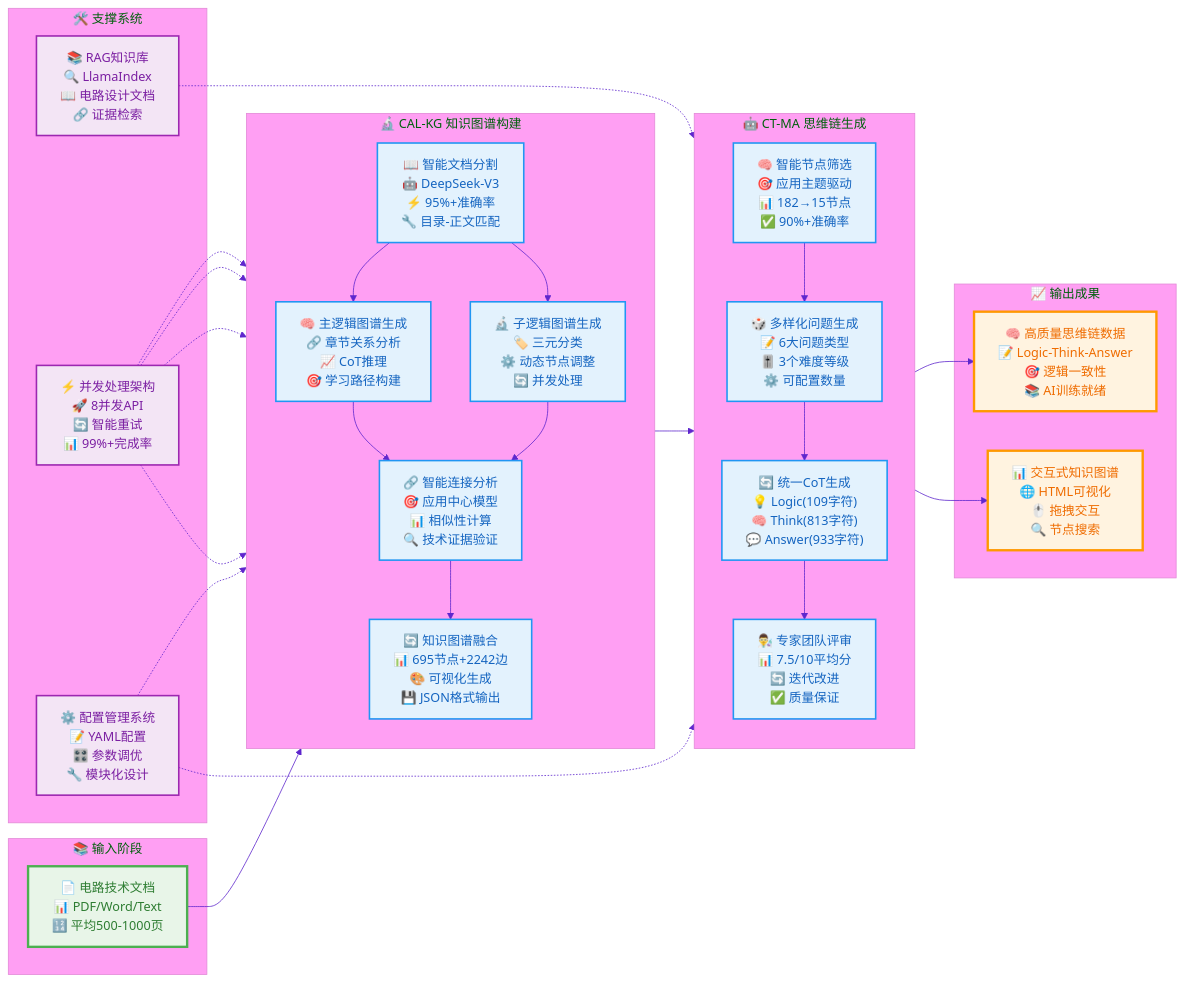
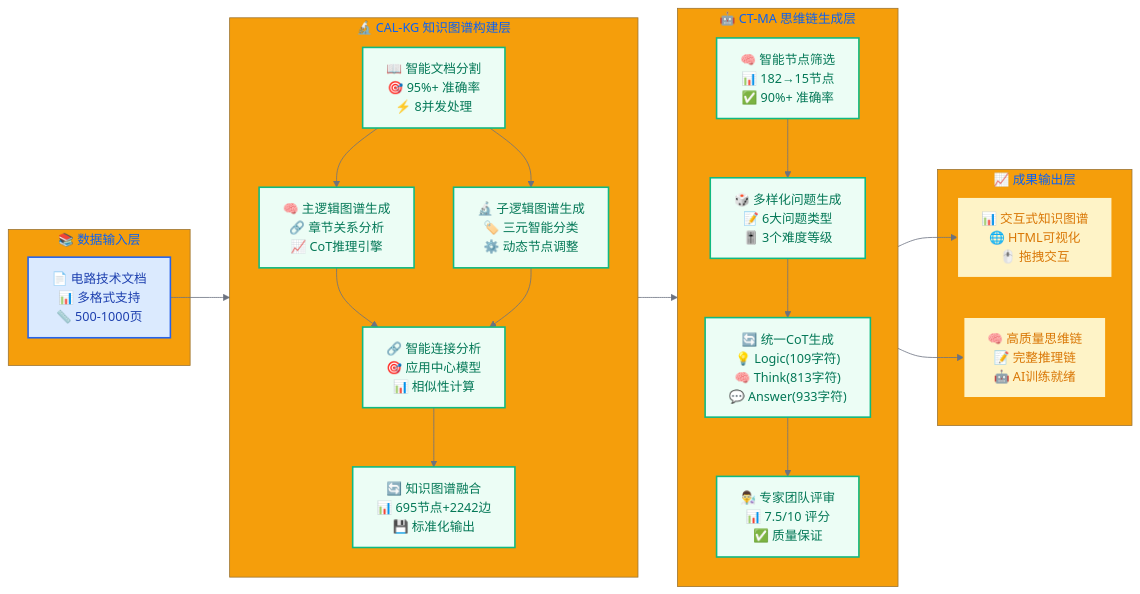
The first of 3 diagrams in README.md (THU-YiZhang/CAL_KG_System), drawn with Mermaid before and after one commit. The commit also changed other lines of this file, not shown here.

````diff
--- a/README.md
+++ b/README.md
@@ -114,33 +114,33 @@
 %%{init: {
   'theme': 'base',
   'themeVariables': {
-    'primaryColor': '#ff6b6b',
-    'primaryTextColor': '#fff',
-    'primaryBorderColor': '#ff4757',
-    'lineColor': '#5f27cd',
-    'secondaryColor': '#00d2d3',
-    'tertiaryColor': '#ff9ff3',
-    'background': '#f1f2f6',
+    'primaryColor': '#2563eb',
+    'primaryTextColor': '#ffffff',
+    'primaryBorderColor': '#1d4ed8',
+    'lineColor': '#6b7280',
+    'secondaryColor': '#10b981',
+    'tertiaryColor': '#f59e0b',
+    'background': '#f8fafc',
     'mainBkg': '#ffffff',
-    'secondBkg': '#e8f4fd',
-    'tertiaryBkg': '#fff5f5'
+    'secondBkg': '#f1f5f9',
+    'tertiaryBkg': '#fef3c7'
   }
 }}%%
 
 flowchart LR
     %% 输入阶段
-    subgraph INPUT ["📚 输入阶段"]
-        A["📄 电路技术文档<br/>📊 PDF/Word/Text<br/>🔢 平均500-1000页"]
+    subgraph INPUT ["📚 数据输入层"]
+        A["📄 电路技术文档<br/>📊 多格式支持<br/>📏 500-1000页"]
     end
 
     %% CAL-KG知识图谱构建阶段
-    subgraph CALKG ["🔬 CAL-KG 知识图谱构建"]
+    subgraph CALKG ["🔬 CAL-KG 知识图谱构建层"]
         direction TB
-        B["📖 智能文档分割<br/>🤖 DeepSeek-V3<br/>⚡ 95%+准确率<br/>🔧 目录-正文匹配"]
-        C["🧠 主逻辑图谱生成<br/>🔗 章节关系分析<br/>📈 CoT推理<br/>🎯 学习路径构建"]
-        D["🔬 子逻辑图谱生成<br/>🏷️ 三元分类<br/>⚙️ 动态节点调整<br/>🔄 并发处理"]
-        E["🔗 智能连接分析<br/>🎯 应用中心模型<br/>📊 相似性计算<br/>🔍 技术证据验证"]
-        F["🔄 知识图谱融合<br/>📊 695节点+2242边<br/>🎨 可视化生成<br/>💾 JSON格式输出"]
+        B["📖 智能文档分割<br/>🎯 95%+ 准确率<br/>⚡ 8并发处理"]
+        C["🧠 主逻辑图谱生成<br/>🔗 章节关系分析<br/>📈 CoT推理引擎"]
+        D["🔬 子逻辑图谱生成<br/>🏷️ 三元智能分类<br/>⚙️ 动态节点调整"]
+        E["🔗 智能连接分析<br/>🎯 应用中心模型<br/>📊 相似性计算"]
+        F["🔄 知识图谱融合<br/>📊 695节点+2242边<br/>💾 标准化输出"]
 
         B --> C
         B --> D
@@ -150,12 +150,12 @@
     end
 
     %% CT-MA思维链生成阶段
-    subgraph CTMA ["🤖 CT-MA 思维链生成"]
+    subgraph CTMA ["🤖 CT-MA 思维链生成层"]
         direction TB
-        G["🧠 智能节点筛选<br/>🎯 应用主题驱动<br/>📊 182→15节点<br/>✅ 90%+准确率"]
-        H["🎲 多样化问题生成<br/>📝 6大问题类型<br/>🎚️ 3个难度等级<br/>⚙️ 可配置数量"]
+        G["🧠 智能节点筛选<br/>📊 182→15节点<br/>✅ 90%+ 准确率"]
+        H["🎲 多样化问题生成<br/>📝 6大问题类型<br/>🎚️ 3个难度等级"]
         I["🔄 统一CoT生成<br/>💡 Logic(109字符)<br/>🧠 Think(813字符)<br/>💬 Answer(933字符)"]
-        J["👨‍🔬 专家团队评审<br/>📊 7.5/10平均分<br/>🔄 迭代改进<br/>✅ 质量保证"]
+        J["👨‍🔬 专家团队评审<br/>📊 7.5/10 评分<br/>✅ 质量保证"]
 
         G --> H
         H --> I
@@ -163,16 +163,9 @@
     end
 
     %% 输出阶段
-    subgraph OUTPUT ["📈 输出成果"]
-        K["📊 交互式知识图谱<br/>🌐 HTML可视化<br/>🖱️ 拖拽交互<br/>🔍 节点搜索"]
-        L["🧠 高质量思维链数据<br/>📝 Logic-Think-Answer<br/>🎯 逻辑一致性<br/>📚 AI训练就绪"]
-    end
-
-    %% 辅助系统
-    subgraph SUPPORT ["🛠️ 支撑系统"]
-        M["📚 RAG知识库<br/>🔍 LlamaIndex<br/>📖 电路设计文档<br/>🔗 证据检索"]
-        N["⚡ 并发处理架构<br/>🚀 8并发API<br/>🔄 智能重试<br/>📊 99%+完成率"]
-        O["⚙️ 配置管理系统<br/>📝 YAML配置<br/>🎛️ 参数调优<br/>🔧 模块化设计"]
+    subgraph OUTPUT ["📈 成果输出层"]
+        K["📊 交互式知识图谱<br/>🌐 HTML可视化<br/>🖱️ 拖拽交互"]
+        L["🧠 高质量思维链<br/>📝 完整推理链<br/>🤖 AI训练就绪"]
     end
 
     %% 连接关系
@@ -181,28 +174,12 @@
     J --> K
     J --> L
 
-    %% 辅助连接
-    M -.-> I
-    N -.-> B
-    N -.-> C
-    N -.-> D
-    N -.-> E
-    O -.-> CALKG
-    O -.-> CTMA
-
     %% 样式定义
-    classDef inputStyle fill:#e8f5e8,stroke:#4caf50,stroke-width:3px,color:#2e7d32
-    classDef processStyle fill:#e3f2fd,stroke:#2196f3,stroke-width:2px,color:#1565c0
-    classDef outputStyle fill:#fff3e0,stroke:#ff9800,stroke-width:3px,color:#ef6c00
-    classDef supportStyle fill:#f3e5f5,stroke:#9c27b0,stroke-width:2px,color:#7b1fa2
+    classDef inputStyle fill:#dbeafe,stroke:#2563eb,stroke-width:2px,color:#1e40af
+    classDef processStyle fill:#ecfdf5,stroke:#10b981,stroke-width:2px,color:#047857
+    classDef outputStyle fill:#fef3c7,stroke:#f59e0b,stroke-width:2px,color:#d97706
 
     class A inputStyle
     class B,C,D,E,F,G,H,I,J processStyle
     class K,L outputStyle
-    class M,N,O supportStyle
-
-    %% 添加点击事件和动画
-    click A "https://github.com/your-repo/CAL-KG-System" "查看项目详情"
-    click F "https://github.com/your-repo/CAL-KG-System/tree/main/output/final" "查看知识图谱输出"
-    click L "https://github.com/your-repo/CAL-KG-System/tree/main/CT-MA-CircuitThinking/output" "查看思维链数据"
 ```
````
